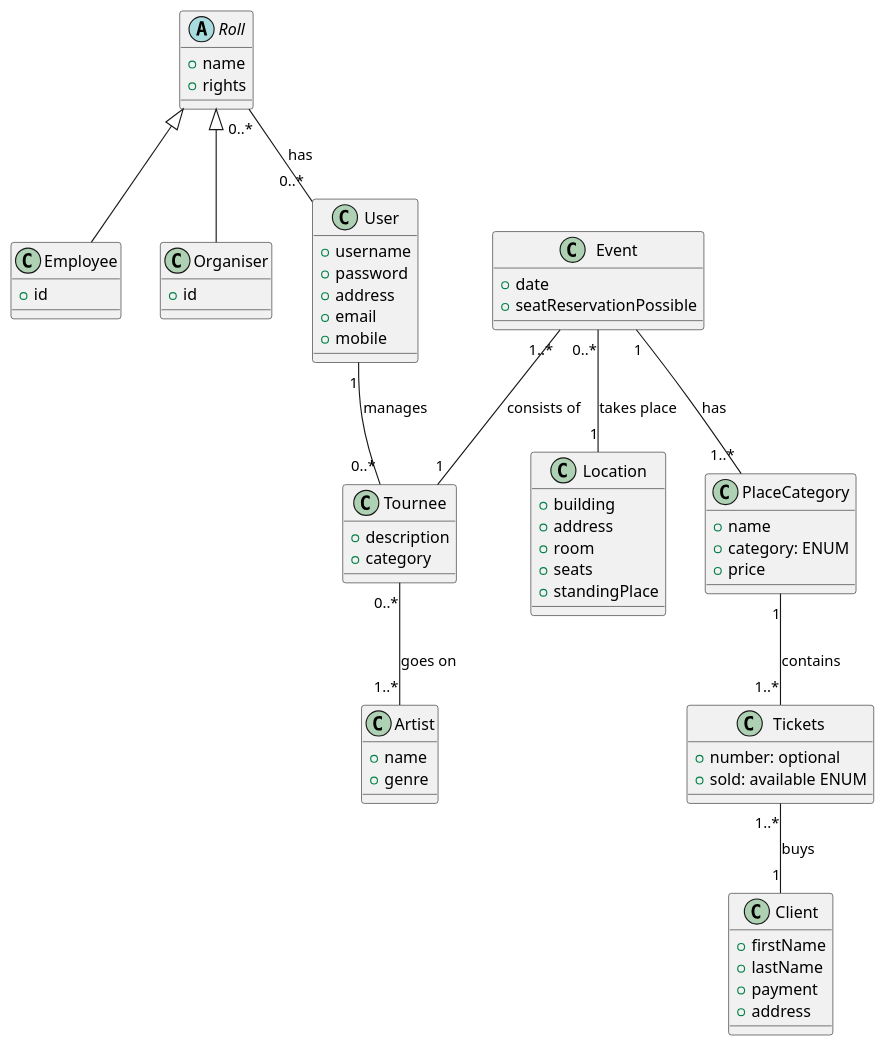
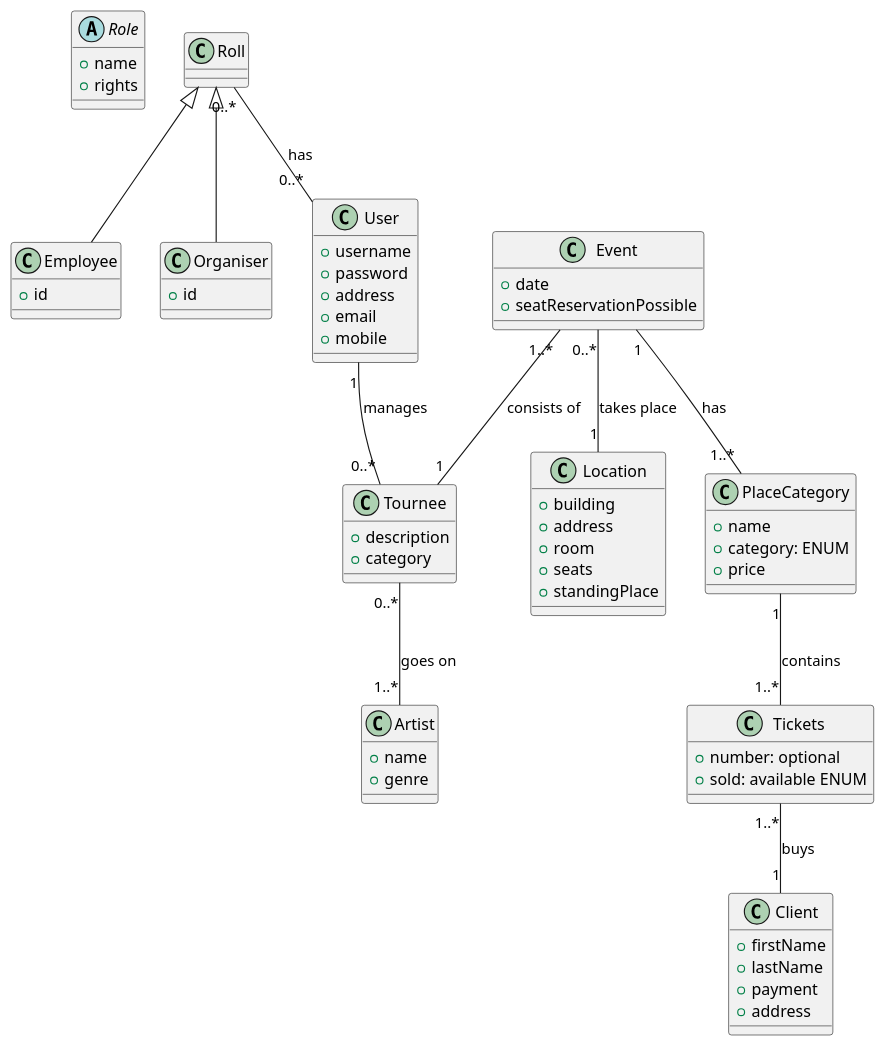
Before and after one commit to lukasbals/itb5-culture-tickets: the diagram in DomainModel.puml, drawn with PlantUML.

Commit message:
corrected domain model

```diff
--- a/DomainModel.puml
+++ b/DomainModel.puml
@@ -1,84 +1,84 @@
 @startuml
 
-abstract class Roll{
+abstract class Role{
 + name
 + rights
 }
 
 
 class Employee{
 + id
 }
 
 class Organiser{
 + id
 }
 
 
 class User{
 + username
 + password
 + address
 + email
 + mobile
 }
 
 
 class Event{
 + date
 + seatReservationPossible
 }
 
 
 class Location{
 + building
 + address
 + room
 + seats
 + standingPlace
 }
 
 
 class Tournee{
 + description
 + category
 }
 
 
 class PlaceCategory{
 + name
 + category: ENUM
 + price
 }
 
 class Tickets{
 + number: optional
 + sold: available ENUM
 }
 
 
 class Client{
 + firstName
 + lastName
 + payment
 + address
 }
 
 
 class Artist{
 + name
 + genre
 }
 
 Roll <|-- Employee
 Roll <|-- Organiser
 Roll "0..*" -- "0..*" User: has
 User "1" -- "0..*" Tournee: manages
 Event "1..*" -- "1" Tournee: consists of
 Event "0..*" -- "1"  Location: takes place
 Event "1" -- "1..*" PlaceCategory: has
 Tournee "0..*" -- "1..*" Artist: goes on
 PlaceCategory "1" -- "1..*" Tickets: contains
 Tickets "1..*" -- "1" Client: buys
 
 @enduml
```
